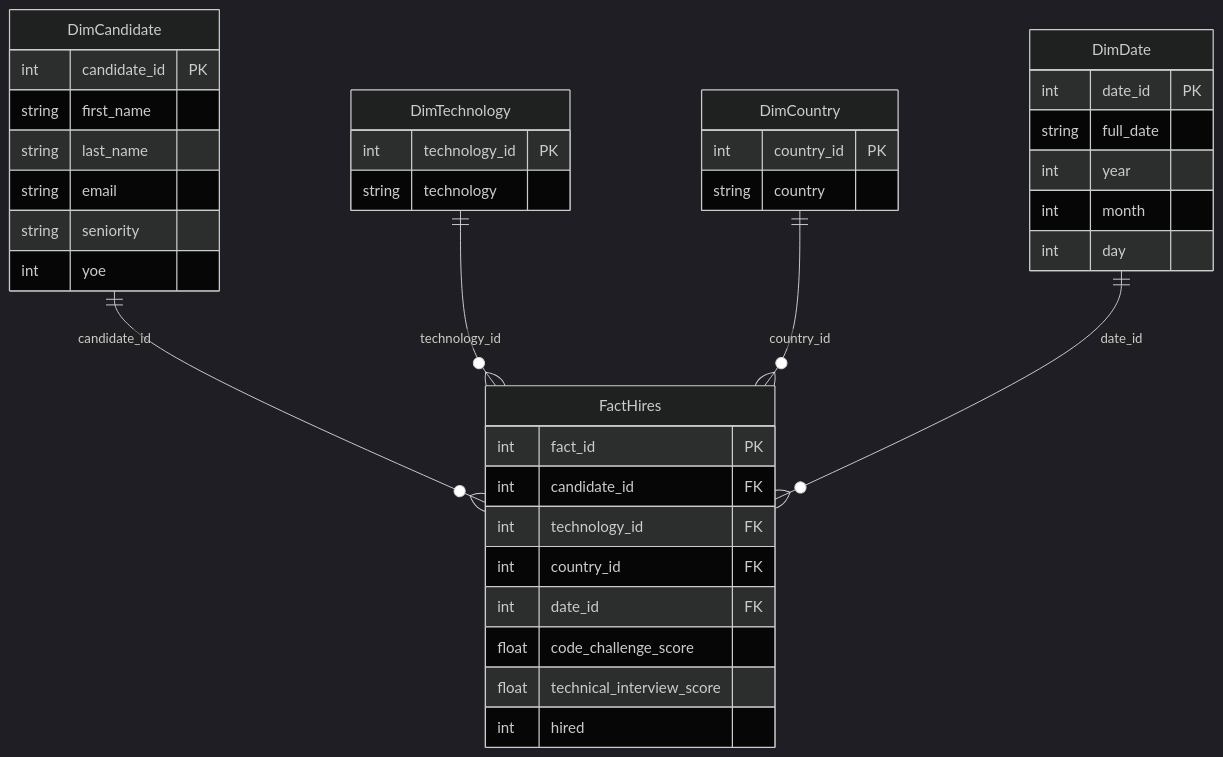
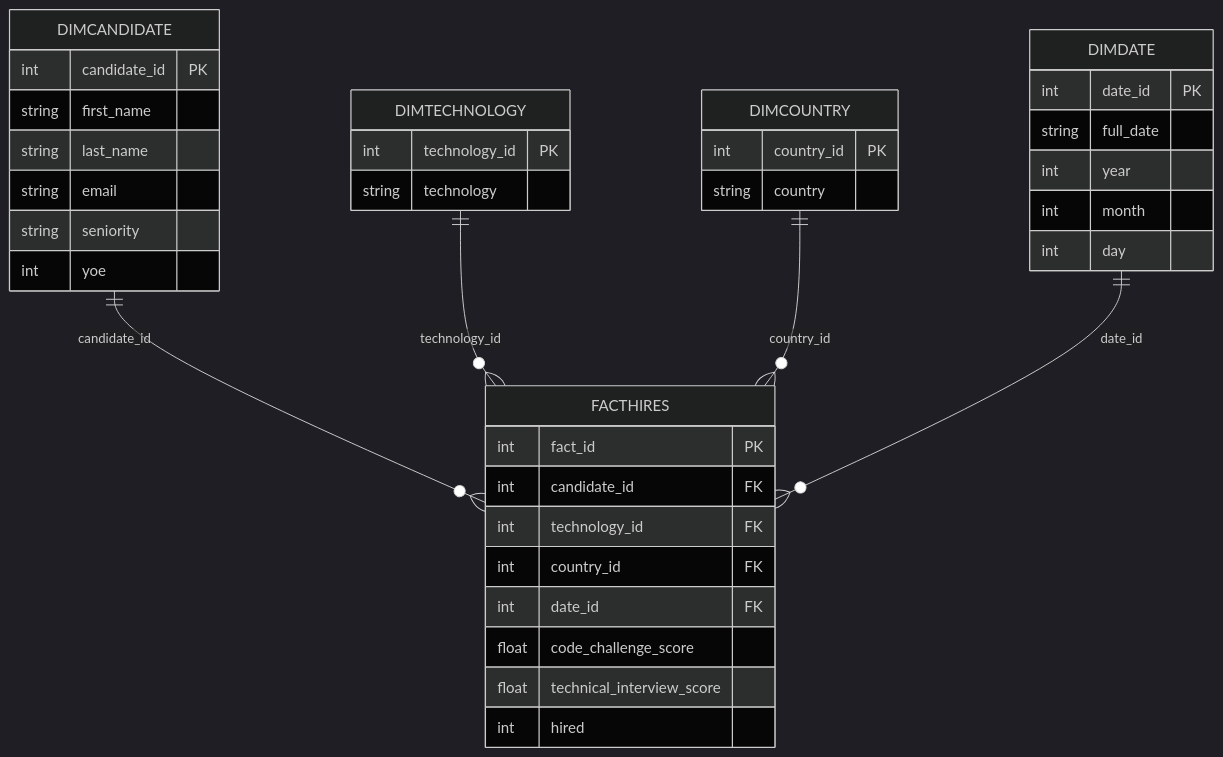
One commit to ShadowBlack33/workshop1_etl changed the second of 2 diagrams in README.md. Above: the diagram before and after it, drawn with Mermaid (dark theme). The commit also changed other lines of this file, not shown here.

Commit message:
Refine README content and formatting
Updated README to improve clarity and formatting.

````diff
--- a/README.md
+++ b/README.md
@@ -79,45 +94,45 @@
 ```mermaid
 erDiagram
-    DimCandidate ||--o{ FactHires : candidate_id
-    DimTechnology ||--o{ FactHires : technology_id
-    DimCountry   ||--o{ FactHires : country_id
-    DimDate      ||--o{ FactHires : date_id
+  DIMCANDIDATE ||--o{ FACTHIRES : candidate_id
+  DIMTECHNOLOGY ||--o{ FACTHIRES : technology_id
+  DIMCOUNTRY ||--o{ FACTHIRES : country_id
+  DIMDATE ||--o{ FACTHIRES : date_id
 
-    DimCandidate {
-      int    candidate_id PK
-      string first_name
-      string last_name
-      string email
-      string seniority
-      int    yoe
-    }
+  DIMCANDIDATE {
+    int    candidate_id PK
+    string first_name
+    string last_name
+    string email
+    string seniority
+    int    yoe
+  }
 
-    DimTechnology {
-      int    technology_id PK
-      string technology
-    }
+  DIMTECHNOLOGY {
+    int    technology_id PK
+    string technology
+  }
 
-    DimCountry {
-      int    country_id PK
-      string country
-    }
+  DIMCOUNTRY {
+    int    country_id PK
+    string country
+  }
 
-    DimDate {
-      int    date_id PK
-      string full_date
-      int    year
-      int    month
-      int    day
-    }
+  DIMDATE {
+    int    date_id PK
+    string full_date
+    int    year
+    int    month
+    int    day
+  }
 
-    FactHires {
-      int   fact_id PK
-      int   candidate_id FK
-      int   technology_id FK
-      int   country_id FK
-      int   date_id FK
-      float code_challenge_score
-      float technical_interview_score
-      int   hired
-    }
+  FACTHIRES {
+    int   fact_id PK
+    int   candidate_id FK
+    int   technology_id FK
+    int   country_id FK
+    int   date_id FK
+    float code_challenge_score
+    float technical_interview_score
+    int   hired
+  }
 ```
````
